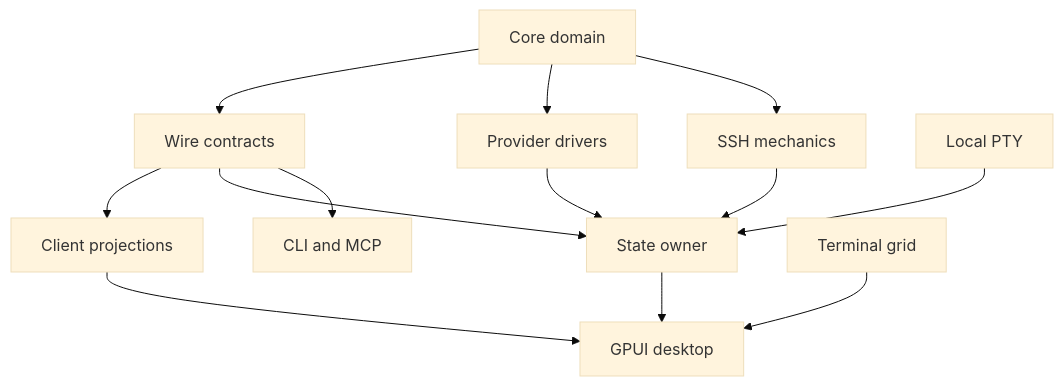
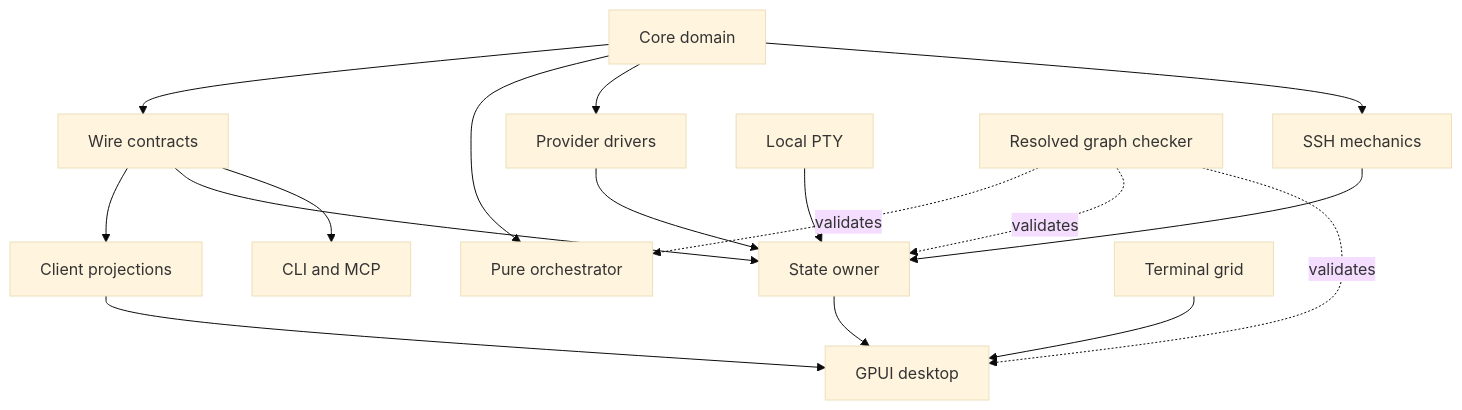
The diagram in docs/OVERVIEW.md (BoardPandas/Pandamux), drawn with Mermaid (base theme) before and after one commit. The commit also changed other lines of this file and 67 other files, not shown here.

````diff
--- a/docs/OVERVIEW.md
+++ b/docs/OVERVIEW.md
@@ -97,15 +99,19 @@
 ```mermaid
 graph TD
     Core["Core domain"] --> Protocol["Wire contracts"]
+    Core --> Orchestrator["Pure orchestrator"]
     Core --> Providers["Provider drivers"]
     Core --> Remote["SSH mechanics"]
     Protocol --> Client["Client projections"]
     Protocol --> Server["State owner"]
     Providers --> Server
     Remote --> Server
     Server --> Desktop["GPUI desktop"]
     Protocol --> CLI["CLI and MCP"]
     Client --> Desktop
     Grid["Terminal grid"] --> Desktop
     PTY["Local PTY"] --> Server
+    Checker["Resolved graph checker"] -. validates .-> Orchestrator
+    Checker -. validates .-> Server
+    Checker -. validates .-> Desktop
 ```
````
